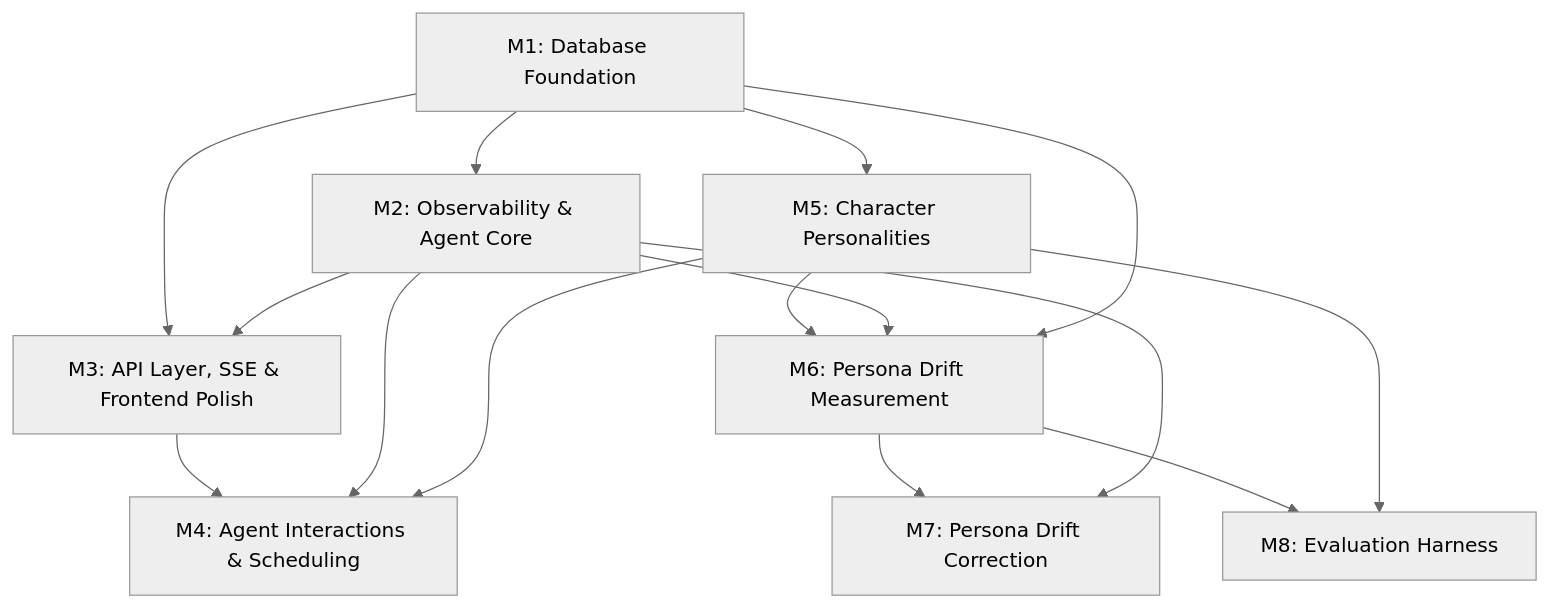
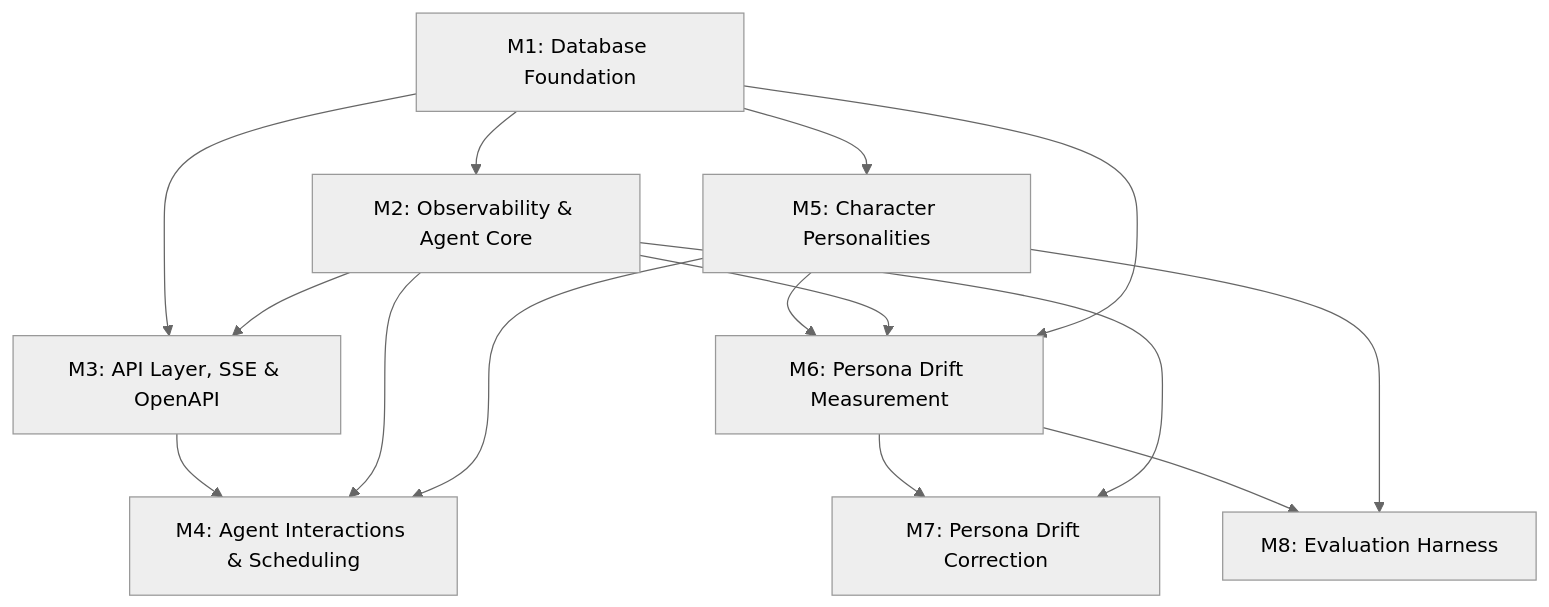
One commit to pedropaulovc/the-office changed the diagram in AGENTS.md. Above: the diagram before and after it, drawn with Mermaid (neutral theme). The commit also changed other lines of this file and 8 other files, not shown here.

First line of the commit message:
Update specs to align with implemented architecture and M1-M8 plan

````diff
--- a/AGENTS.md
+++ b/AGENTS.md
@@ -53,17 +53,17 @@
 ```mermaid
 graph TD
     M1[M1: Database Foundation] --> M2[M2: Observability & Agent Core]
-    M1 --> M3[M3: API Layer, SSE & Frontend Polish]
+    M1 --> M3[M3: API Layer, SSE & OpenAPI]
     M2 --> M3
     M3 --> M4[M4: Agent Interactions & Scheduling]
     M2 --> M4
     M1 --> M5[M5: Character Personalities]
     M5 --> M4
     M5 --> M6[M6: Persona Drift Measurement]
     M2 --> M6
     M1 --> M6
     M6 --> M7[M7: Persona Drift Correction]
     M2 --> M7
     M6 --> M8[M8: Evaluation Harness]
     M5 --> M8
 ```
````
